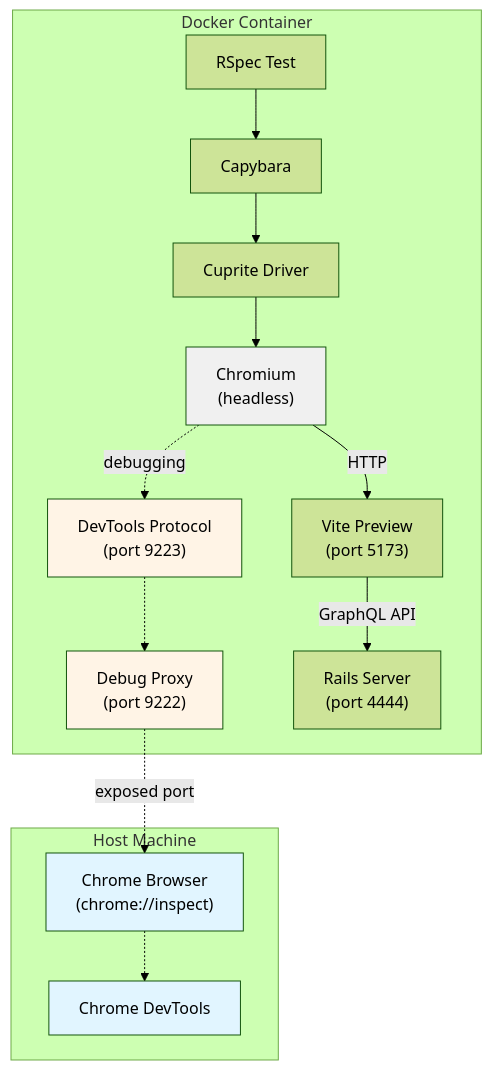
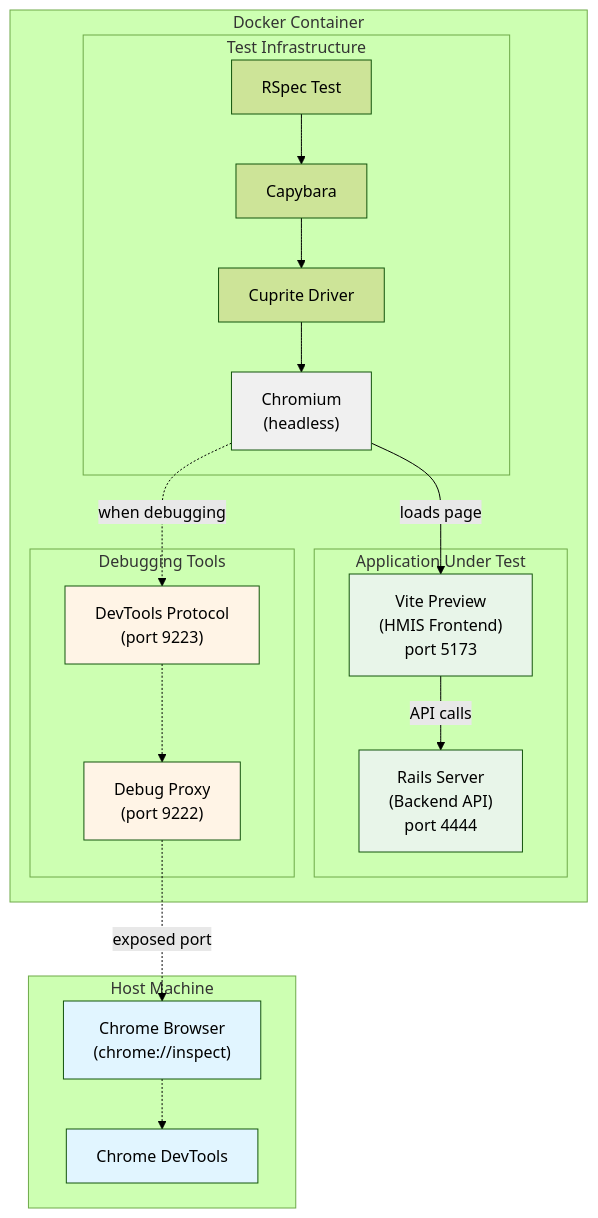
One commit to greenriver/hmis-warehouse changed the diagram in drivers/hmis/E2E_TESTING_README.md. Above: the diagram before and after it, drawn with Mermaid (forest theme). The commit also changed other lines of this file, not shown here.

````diff
--- a/drivers/hmis/E2E_TESTING_README.md
+++ b/drivers/hmis/E2E_TESTING_README.md
@@ -14,35 +14,45 @@
 ```mermaid
 graph TB
     subgraph "Host Machine"
         Chrome["Chrome Browser<br/>(chrome://inspect)"]
         DevTools["Chrome DevTools"]
     end
 
     subgraph "Docker Container"
-        RSpec["RSpec Test"]
-        Capybara["Capybara"]
-        Cuprite["Cuprite Driver"]
-        Chromium["Chromium<br/>(headless)"]
-        Proxy["Debug Proxy<br/>(port 9222)"]
-        DevToolsPort["DevTools Protocol<br/>(port 9223)"]
-        Rails["Rails Server<br/>(port 4444)"]
-        Vite["Vite Preview<br/>(port 5173)"]
+        subgraph "Test Infrastructure"
+            RSpec["RSpec Test"]
+            Capybara["Capybara"]
+            Cuprite["Cuprite Driver"]
+            Chromium["Chromium<br/>(headless)"]
+        end
+
+        subgraph "Application Under Test"
+            Vite["Vite Preview<br/>(HMIS Frontend)<br/>port 5173"]
+            Rails["Rails Server<br/>(Backend API)<br/>port 4444"]
+        end
+
+        subgraph "Debugging Tools"
+            Proxy["Debug Proxy<br/>(port 9222)"]
+            DevToolsPort["DevTools Protocol<br/>(port 9223)"]
+        end
 
         RSpec --> Capybara
         Capybara --> Cuprite
         Cuprite --> Chromium
-        Chromium --> |HTTP| Vite
-        Vite --> |GraphQL API| Rails
-        Chromium -.-> |debugging| DevToolsPort
+        Chromium --> |loads page| Vite
+        Vite --> |API calls| Rails
+        Chromium -.-> |when debugging| DevToolsPort
         DevToolsPort -.-> Proxy
     end
 
     Proxy -.-> |exposed port| Chrome
     Chrome -.-> DevTools
 
     style Chrome fill:#e1f5ff
     style DevTools fill:#e1f5ff
     style Proxy fill:#fff4e6
     style DevToolsPort fill:#fff4e6
     style Chromium fill:#f0f0f0
+    style Vite fill:#e8f5e9
+    style Rails fill:#e8f5e9
 ```
````
